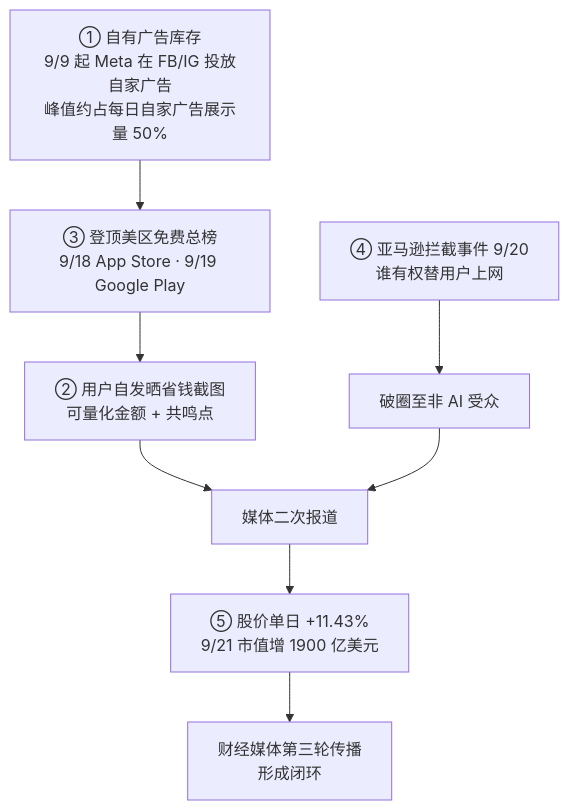
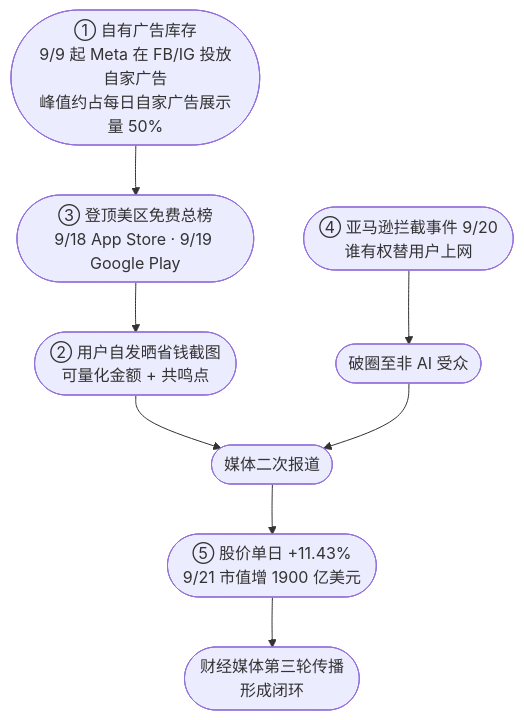
The second of 2 diagrams in content/zh/meta/meta_muse_agent_analysis.md (hobbytp/hobbytp.github.io), drawn with Mermaid before and after one commit. The commit also changed other lines of this file, not shown here.

````diff
--- a/content/zh/meta/meta_muse_agent_analysis.md
+++ b/content/zh/meta/meta_muse_agent_analysis.md
@@ -210,10 +239,10 @@
 ```mermaid
 flowchart TD
-    A["① 自有广告库存<br/>9/9 起 Meta 在 FB/IG 投放自家广告<br/>峰值约占每日自家广告展示量 50%"] --> B["③ 登顶美区免费总榜<br/>9/18 App Store · 9/19 Google Play"]
-    B --> C["② 用户自发晒省钱截图<br/>可量化金额 + 共鸣点"]
-    C --> D["媒体二次报道"]
-    E["④ 亚马逊拦截事件 9/20<br/>谁有权替用户上网"] --> F["破圈至非 AI 受众"]
+    A(["① 自有广告库存<br/>9/9 起 Meta 在 FB/IG 投放自家广告<br/>峰值约占每日自家广告展示量 50%"]) --> B(["③ 登顶美区免费总榜<br/>9/18 App Store · 9/19 Google Play"])
+    B --> C(["② 用户自发晒省钱截图<br/>可量化金额 + 共鸣点"])
+    C --> D(["媒体二次报道"])
+    E(["④ 亚马逊拦截事件 9/20<br/>谁有权替用户上网"]) --> F(["破圈至非 AI 受众"])
     F --> D
-    D --> G["⑤ 股价单日 +11.43%<br/>9/21 市值增 1900 亿美元"]
-    G --> H["财经媒体第三轮传播<br/>形成闭环"]
+    D --> G(["⑤ 股价单日 +11.43%<br/>9/21 市值增 1900 亿美元"])
+    G --> H(["财经媒体第三轮传播<br/>形成闭环"])
 ```
````
